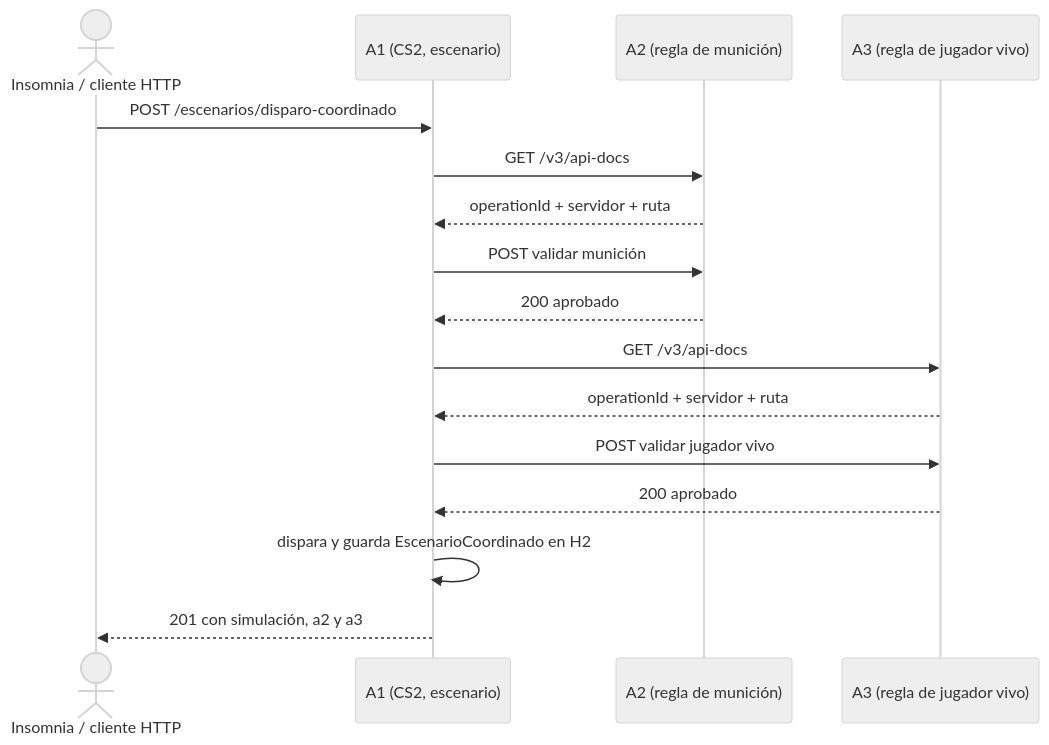
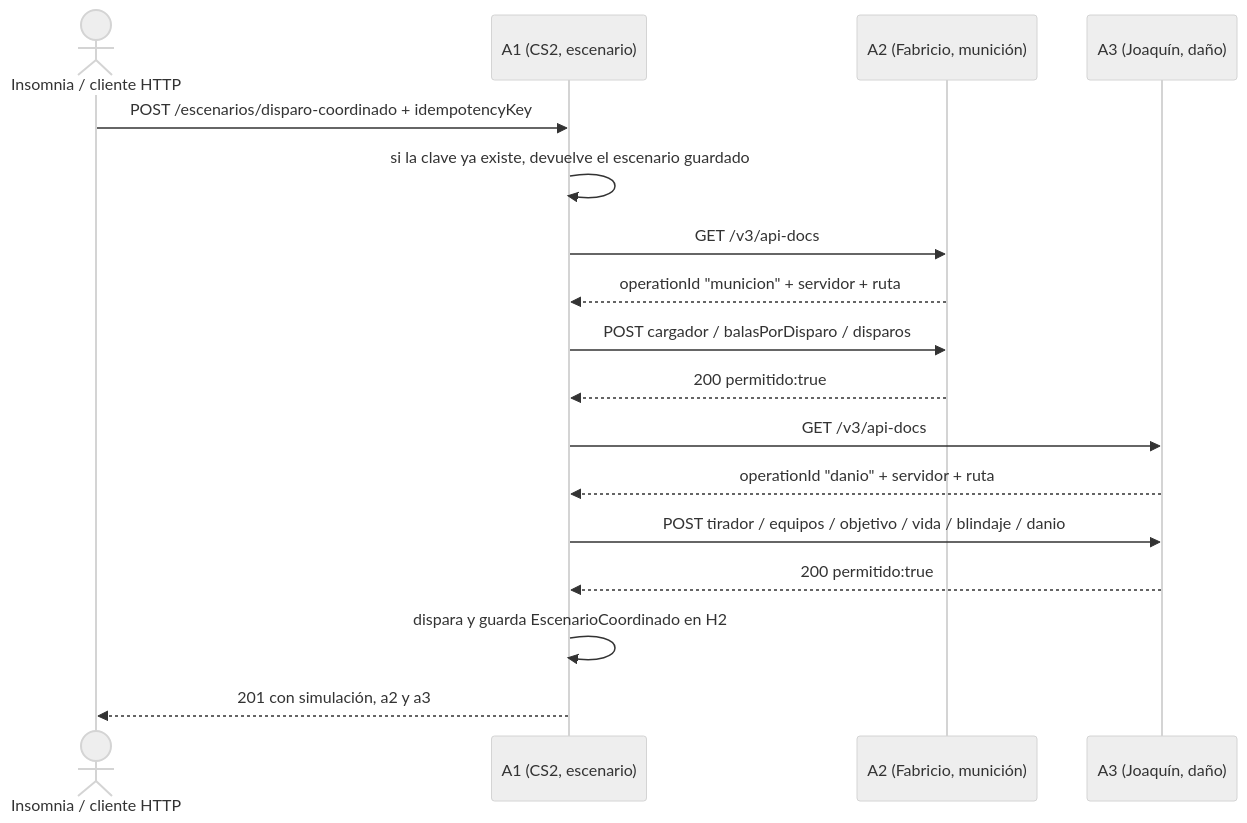
One commit to MigueMedina/mmedina-tplp3-2026 changed the first of 2 diagrams in Docs/POO-09-enunciado-aplicado.md. Above: the diagram before and after it, drawn with Mermaid (neutral theme). The commit also changed other lines of this file and 4 other files, not shown here.

````diff
--- a/Docs/POO-09-enunciado-aplicado.md
+++ b/Docs/POO-09-enunciado-aplicado.md
@@ -71,19 +78,20 @@
 ```mermaid
 sequenceDiagram
     actor Cliente as Insomnia / cliente HTTP
     participant A1 as A1 (CS2, escenario)
-    participant A2 as A2 (regla de munición)
-    participant A3 as A3 (regla de jugador vivo)
+    participant A2 as A2 (Fabricio, munición)
+    participant A3 as A3 (Joaquín, daño)
 
-    Cliente->>A1: POST /escenarios/disparo-coordinado
+    Cliente->>A1: POST /escenarios/disparo-coordinado + idempotencyKey
+    A1->>A1: si la clave ya existe, devuelve el escenario guardado
     A1->>A2: GET /v3/api-docs
-    A2-->>A1: operationId + servidor + ruta
-    A1->>A2: POST validar munición
-    A2-->>A1: 200 aprobado
+    A2-->>A1: operationId "municion" + servidor + ruta
+    A1->>A2: POST cargador / balasPorDisparo / disparos
+    A2-->>A1: 200 permitido:true
     A1->>A3: GET /v3/api-docs
-    A3-->>A1: operationId + servidor + ruta
-    A1->>A3: POST validar jugador vivo
-    A3-->>A1: 200 aprobado
+    A3-->>A1: operationId "danio" + servidor + ruta
+    A1->>A3: POST tirador / equipos / objetivo / vida / blindaje / danio
+    A3-->>A1: 200 permitido:true
     A1->>A1: dispara y guarda EscenarioCoordinado en H2
     A1-->>Cliente: 201 con simulación, a2 y a3
 ```
````
